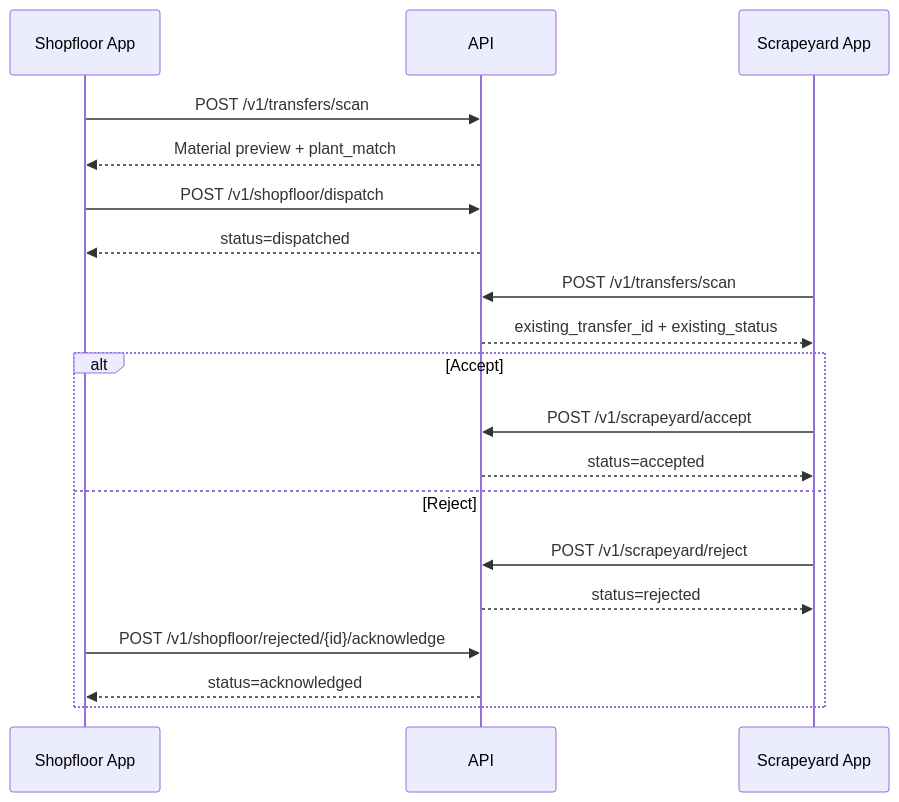
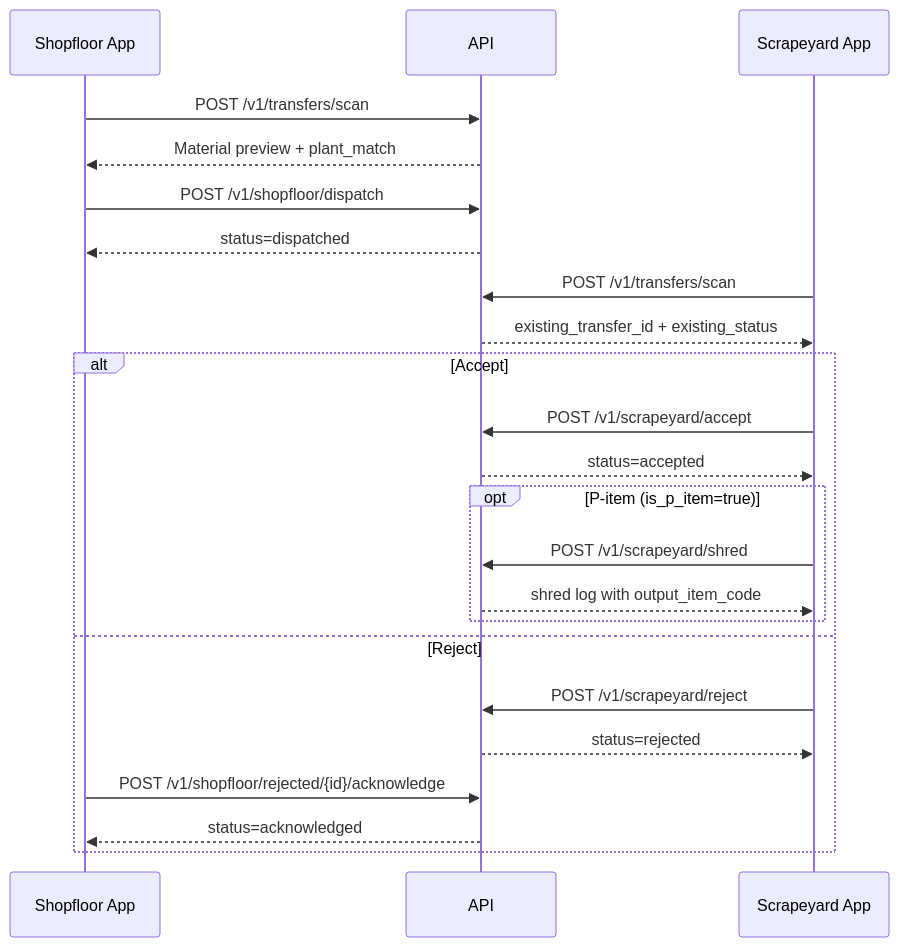
The diagram in docs/api_integration.md (Indrranil/scrap), drawn with Mermaid before and after one commit. The commit also changed other lines of this file, not shown here.

Commit message:
api doc updated with shred and manual flow

````diff
--- a/docs/api_integration.md
+++ b/docs/api_integration.md
@@ -224,22 +270,26 @@
 ```mermaid
 sequenceDiagram
     participant SF as Shopfloor App
     participant API as API
     participant SY as Scrapeyard App
 
     SF->>API: POST /v1/transfers/scan
     API-->>SF: Material preview + plant_match
     SF->>API: POST /v1/shopfloor/dispatch
     API-->>SF: status=dispatched
     SY->>API: POST /v1/transfers/scan
     API-->>SY: existing_transfer_id + existing_status
     alt Accept
         SY->>API: POST /v1/scrapeyard/accept
         API-->>SY: status=accepted
+        opt P-item (is_p_item=true)
+            SY->>API: POST /v1/scrapeyard/shred
+            API-->>SY: shred log with output_item_code
+        end
     else Reject
         SY->>API: POST /v1/scrapeyard/reject
         API-->>SY: status=rejected
         SF->>API: POST /v1/shopfloor/rejected/{id}/acknowledge
         API-->>SF: status=acknowledged
     end
 ```
````
